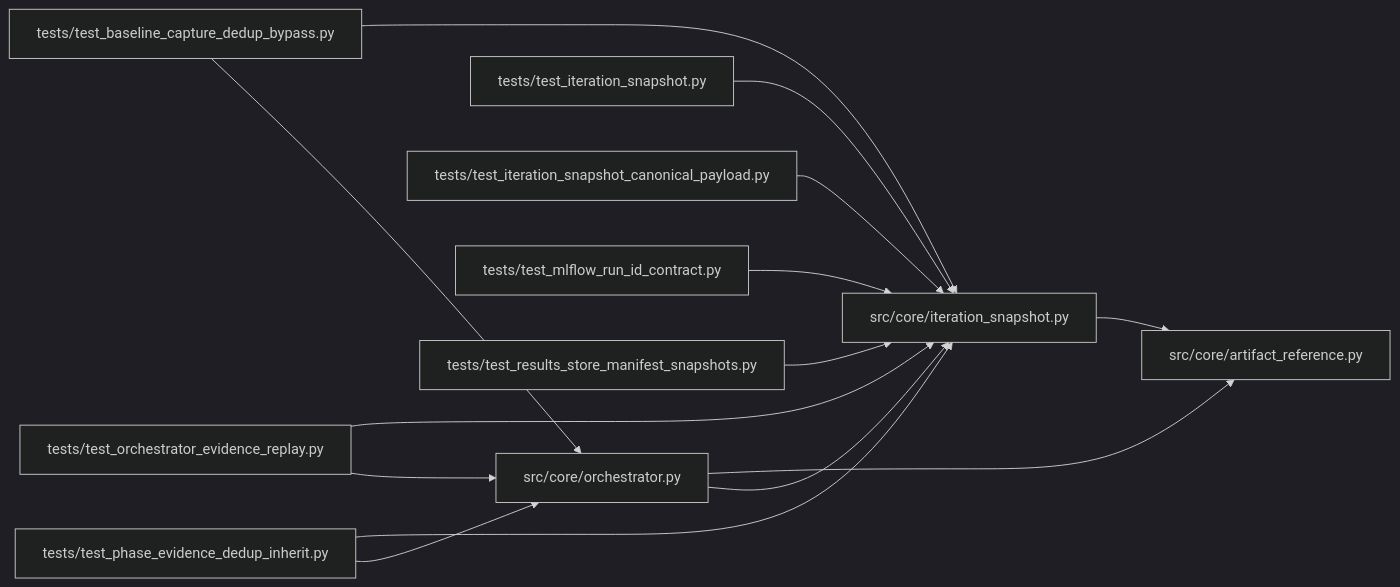
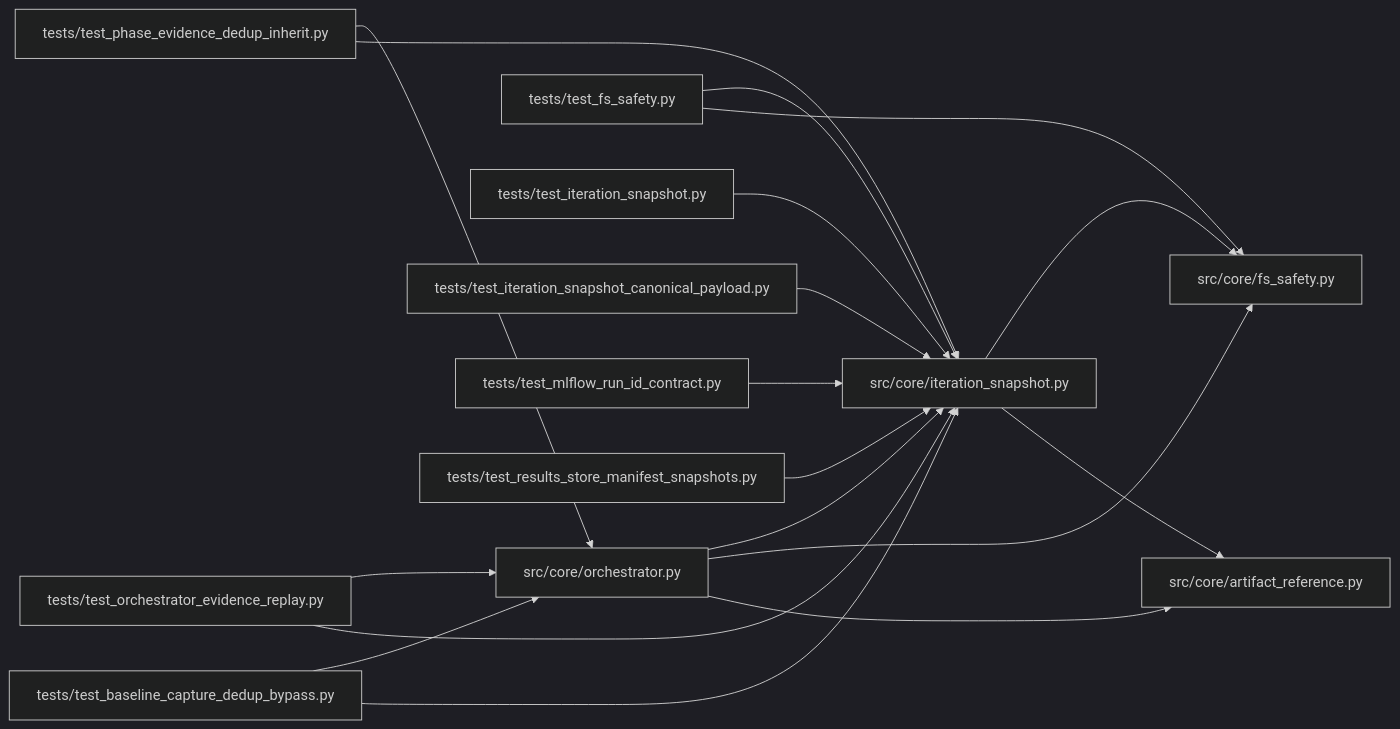
One commit to Denissvgn/autoresearch-agent changed the diagram in docs/llm_wiki/modules/iteration_snapshot.md. Above: the diagram before and after it, drawn with Mermaid (dark theme). The commit also changed other lines of this file and 34 other files, not shown here.

````diff
--- a/docs/llm_wiki/modules/iteration_snapshot.md
+++ b/docs/llm_wiki/modules/iteration_snapshot.md
@@ -28,36 +29,44 @@
 ```mermaid
 flowchart LR
     n0["src/core/artifact_reference.py"]
-    n1["src/core/iteration_snapshot.py"]
-    n2["src/core/orchestrator.py"]
-    n3["tests/test_baseline_capture_dedup_bypass.py"]
-    n4["tests/test_iteration_snapshot.py"]
-    n5["tests/test_iteration_snapshot_canonical_payload.py"]
-    n6["tests/test_mlflow_run_id_contract.py"]
-    n7["tests/test_orchestrator_evidence_replay.py"]
-    n8["tests/test_phase_evidence_dedup_inherit.py"]
-    n9["tests/test_results_store_manifest_snapshots.py"]
-    n1 --> n0
+    n1["src/core/fs_safety.py"]
+    n2["src/core/iteration_snapshot.py"]
+    n3["src/core/orchestrator.py"]
+    n4["tests/test_baseline_capture_dedup_bypass.py"]
+    n5["tests/test_fs_safety.py"]
+    n6["tests/test_iteration_snapshot.py"]
+    n7["tests/test_iteration_snapshot_canonical_payload.py"]
+    n8["tests/test_mlflow_run_id_contract.py"]
+    n9["tests/test_orchestrator_evidence_replay.py"]
+    n10["tests/test_phase_evidence_dedup_inherit.py"]
+    n11["tests/test_results_store_manifest_snapshots.py"]
     n2 --> n0
     n2 --> n1
+    n3 --> n0
     n3 --> n1
     n3 --> n2
-    n4 --> n1
+    n4 --> n2
+    n4 --> n3
     n5 --> n1
-    n6 --> n1
-    n7 --> n1
+    n5 --> n2
+    n6 --> n2
     n7 --> n2
-    n8 --> n1
     n8 --> n2
-    n9 --> n1
+    n9 --> n2
+    n9 --> n3
+    n10 --> n2
+    n10 --> n3
+    n11 --> n2
     click n0 "../modules/artifact_reference.md"
-    click n1 "../modules/iteration_snapshot.md"
-    click n2 "../modules/orchestrator.md"
-    click n3 "../modules/test_baseline_capture_dedup_bypass.md"
-    click n4 "../modules/test_iteration_snapshot.md"
-    click n5 "../modules/test_iteration_snapshot_canonical_payload.md"
-    click n6 "../modules/test_mlflow_run_id_contract.md"
-    click n7 "../modules/test_orchestrator_evidence_replay.md"
-    click n8 "../modules/test_phase_evidence_dedup_inherit.md"
-    click n9 "../modules/test_results_store_manifest_snapshots.md"
+    click n1 "../modules/fs_safety.md"
+    click n2 "../modules/iteration_snapshot.md"
+    click n3 "../modules/orchestrator.md"
+    click n4 "../modules/test_baseline_capture_dedup_bypass.md"
+    click n5 "../modules/test_fs_safety.md"
+    click n6 "../modules/test_iteration_snapshot.md"
+    click n7 "../modules/test_iteration_snapshot_canonical_payload.md"
+    click n8 "../modules/test_mlflow_run_id_contract.md"
+    click n9 "../modules/test_orchestrator_evidence_replay.md"
+    click n10 "../modules/test_phase_evidence_dedup_inherit.md"
+    click n11 "../modules/test_results_store_manifest_snapshots.md"
 ```
````
